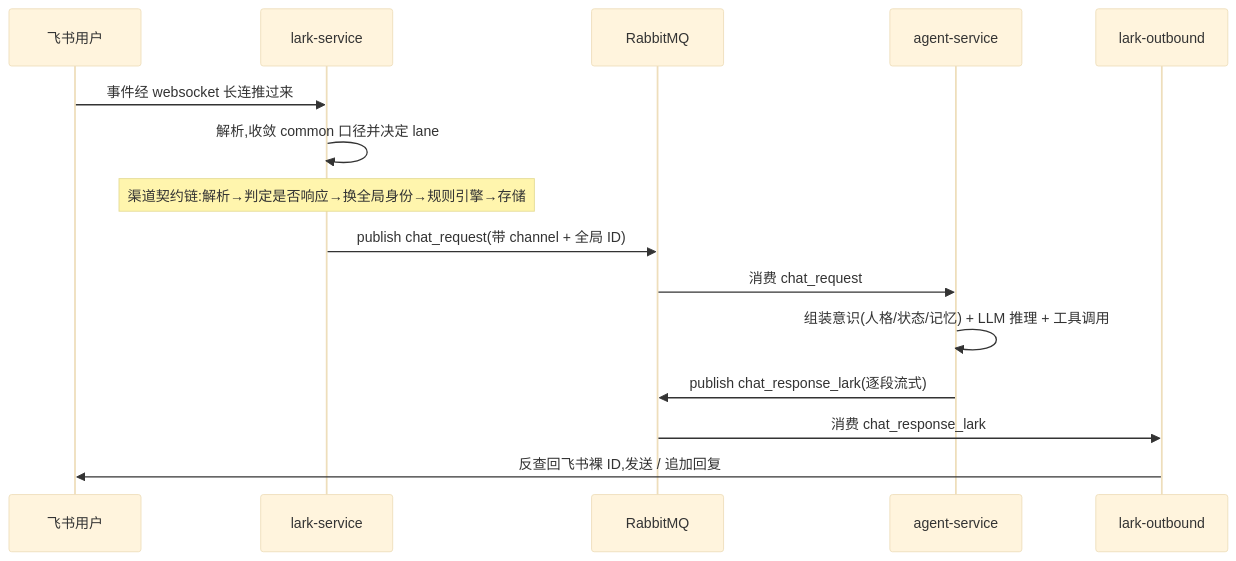
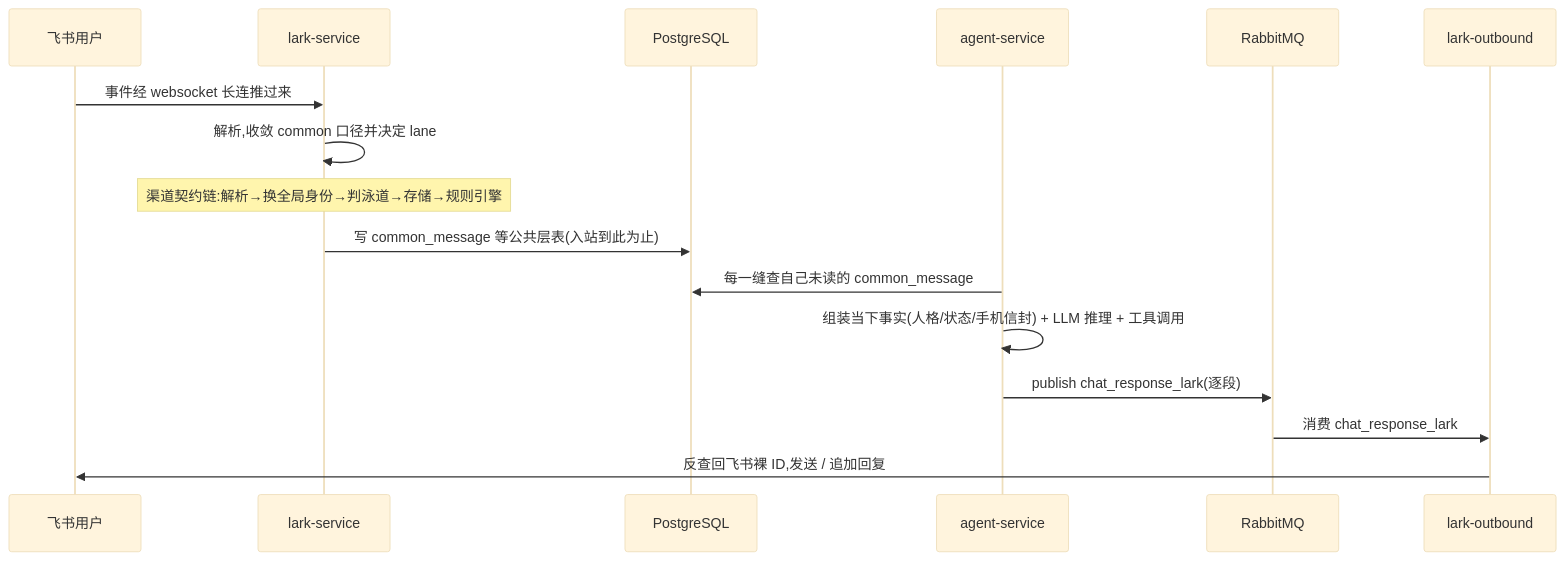
One commit to bezhai/chiwei-platform changed the second of 5 diagrams in docs/service-topology.md. Above: the diagram before and after it, drawn with Mermaid (base theme). The commit also changed other lines of this file and 4 other files, not shown here.

````diff
--- a/docs/service-topology.md
+++ b/docs/service-topology.md
@@ -96,18 +97,19 @@
 ```mermaid
 sequenceDiagram
     participant U as 飞书用户
     participant LKS as lark-service
+    participant PG as PostgreSQL
+    participant AS as agent-service
     participant MQ as RabbitMQ
-    participant AS as agent-service
     participant LKO as lark-outbound
 
     U->>LKS: 事件经 websocket 长连推过来
     LKS->>LKS: 解析,收敛 common 口径并决定 lane
-    Note over LKS: 渠道契约链:解析→判定是否响应→换全局身份→规则引擎→存储
-    LKS->>MQ: publish chat_request(带 channel + 全局 ID)
-    MQ->>AS: 消费 chat_request
-    AS->>AS: 组装意识(人格/状态/记忆) + LLM 推理 + 工具调用
-    AS->>MQ: publish chat_response_lark(逐段流式)
+    Note over LKS: 渠道契约链:解析→换全局身份→判泳道→存储→规则引擎
+    LKS->>PG: 写 common_message 等公共层表(入站到此为止)
+    AS->>PG: 每一缝查自己未读的 common_message
+    AS->>AS: 组装当下事实(人格/状态/手机信封) + LLM 推理 + 工具调用
+    AS->>MQ: publish chat_response_lark(逐段)
     MQ->>LKO: 消费 chat_response_lark
     LKO->>U: 反查回飞书裸 ID,发送 / 追加回复
 ```
````
